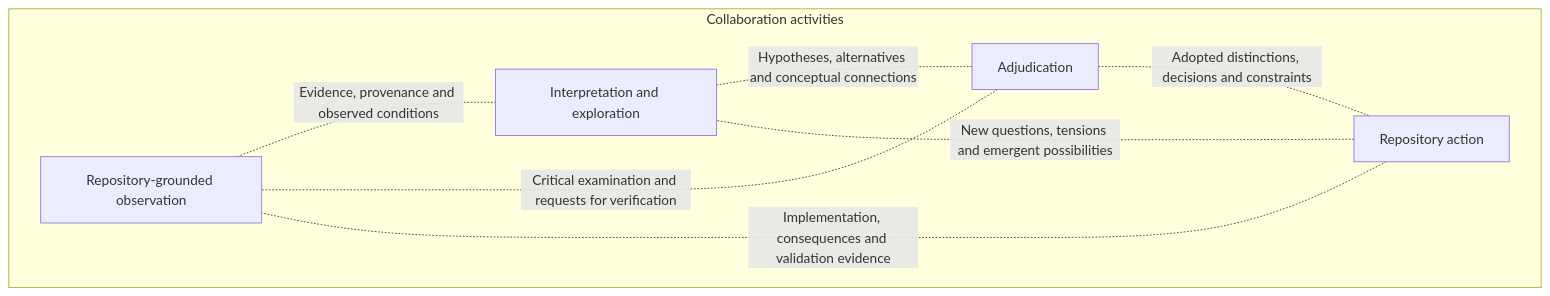
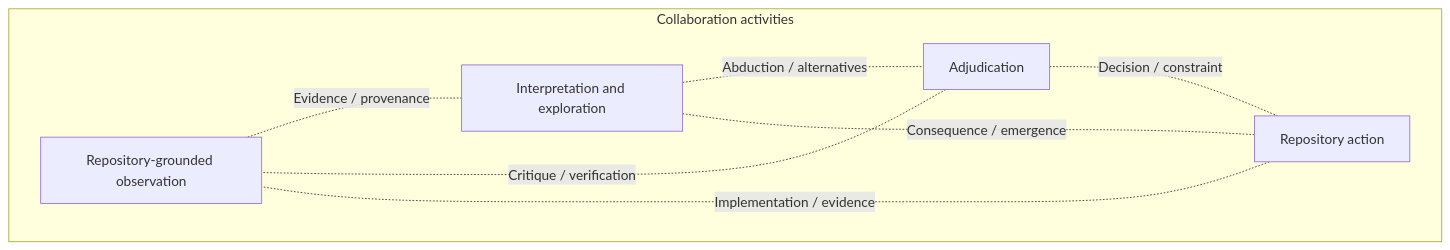
The first of 2 diagrams in docs/collaboration-model.md (incus-skills/nvim-heredoc), drawn with Mermaid before and after one commit. The commit also changed other lines of this file, not shown here.

Commit message:
docs: clarify semantic references for collaboration diagrams

````diff
--- a/docs/collaboration-model.md
+++ b/docs/collaboration-model.md
@@ -55,16 +68,16 @@
 ```mermaid
 flowchart TD
     subgraph collaboration["Collaboration activities"]
         O["Repository-grounded observation"]
         I["Interpretation and exploration"]
         A["Adjudication"]
         R["Repository action"]
 
-        O -.-|"Evidence, provenance and observed conditions"| I
-        I -.-|"Hypotheses, alternatives and conceptual connections"| A
-        A -.-|"Critical examination and requests for verification"| O
-        A -.-|"Adopted distinctions, decisions and constraints"| R
-        R -.-|"Implementation, consequences and validation evidence"| O
-        R -.-|"New questions, tensions and emergent possibilities"| I
+        O -.-|"Evidence / provenance"| I
+        I -.-|"Abduction / alternatives"| A
+        A -.-|"Critique / verification"| O
+        A -.-|"Decision / constraint"| R
+        R -.-|"Implementation / evidence"| O
+        R -.-|"Consequence / emergence"| I
     end
 ```
````
